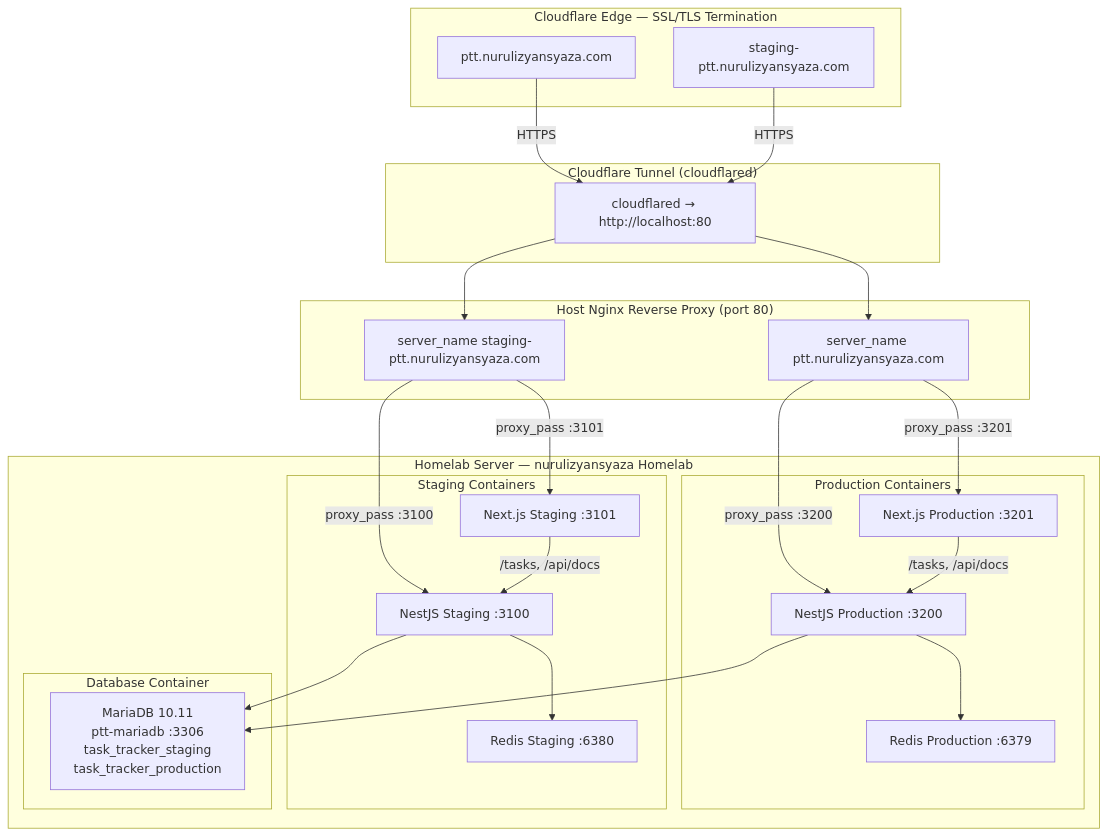
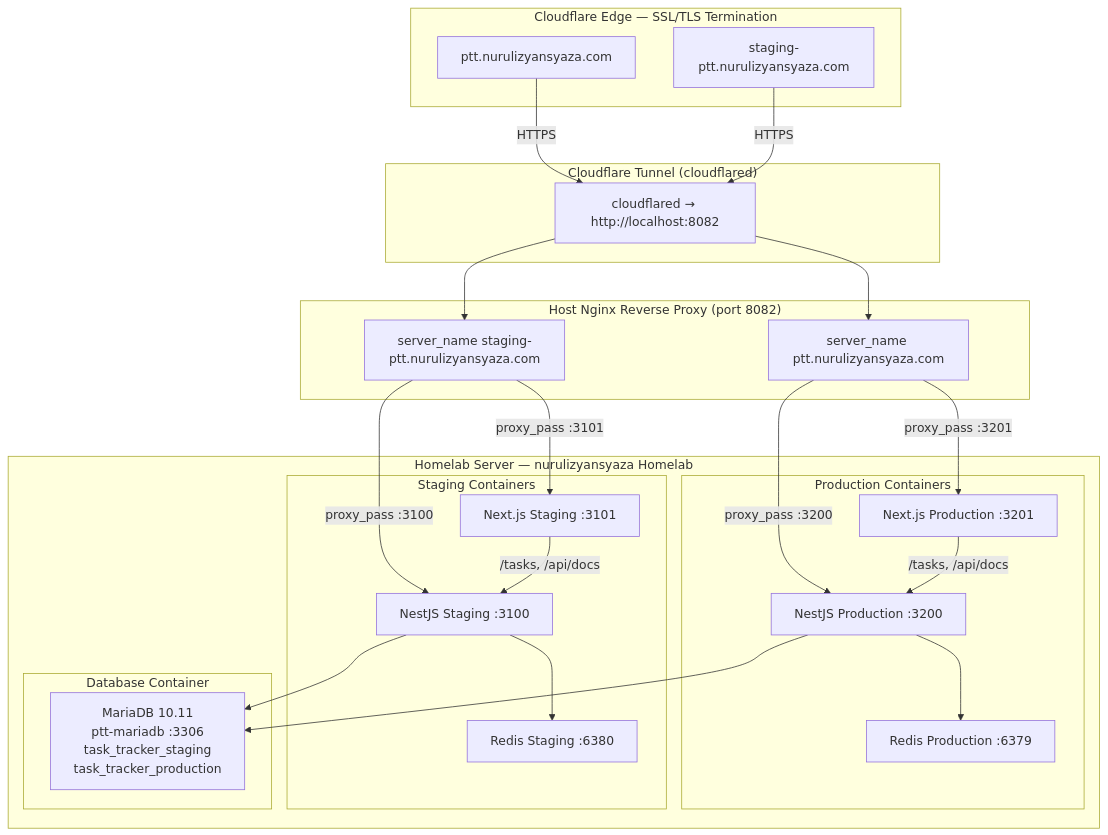
Before and after one commit to nurulizyansyaza/personal-task-tracker: the first of 3 diagrams in HOMELAB-INFRASTRUCTURE.md, drawn with Mermaid. The commit also changed other lines of this file and 2 other files, not shown here.

First line of the commit message:
chore: update deployment path to /data, fix nginx reload, update docs for port 8082

````diff
--- a/HOMELAB-INFRASTRUCTURE.md
+++ b/HOMELAB-INFRASTRUCTURE.md
@@ -34,47 +34,47 @@
 ```mermaid
 graph TB
     subgraph "Cloudflare Edge — SSL/TLS Termination"
         CF_P["ptt.nurulizyansyaza.com"]
         CF_S["staging-ptt.nurulizyansyaza.com"]
     end
 
     subgraph "Cloudflare Tunnel (cloudflared)"
-        TUNNEL["cloudflared → http://localhost:80"]
+        TUNNEL["cloudflared → http://localhost:8082"]
     end
 
-    subgraph "Host Nginx Reverse Proxy (port 80)"
+    subgraph "Host Nginx Reverse Proxy (port 8082)"
         NG_P["server_name ptt.nurulizyansyaza.com"]
         NG_S["server_name staging-ptt.nurulizyansyaza.com"]
     end
 
     subgraph "Homelab Server — nurulizyansyaza Homelab"
         subgraph "Production Containers"
             FE_P_APP["Next.js Production :3201"]
             API_P_APP["NestJS Production :3200"]
             API_P_REDIS["Redis Production :6379"]
         end
         subgraph "Staging Containers"
             FE_S_APP["Next.js Staging :3101"]
             API_S_APP["NestJS Staging :3100"]
             API_S_REDIS["Redis Staging :6380"]
         end
         subgraph "Database Container"
             MARIADB["MariaDB 10.11\nptt-mariadb :3306\ntask_tracker_staging\ntask_tracker_production"]
         end
     end
 
     CF_P -->|"HTTPS"| TUNNEL
     CF_S -->|"HTTPS"| TUNNEL
     TUNNEL --> NG_P
     TUNNEL --> NG_S
     NG_P -->|"proxy_pass :3201"| FE_P_APP
     NG_P -->|"proxy_pass :3200"| API_P_APP
     NG_S -->|"proxy_pass :3101"| FE_S_APP
     NG_S -->|"proxy_pass :3100"| API_S_APP
     FE_P_APP -->|"/tasks, /api/docs"| API_P_APP
     FE_S_APP -->|"/tasks, /api/docs"| API_S_APP
     API_P_APP --> API_P_REDIS
     API_S_APP --> API_S_REDIS
     API_P_APP --> MARIADB
     API_S_APP --> MARIADB
 ```
````
